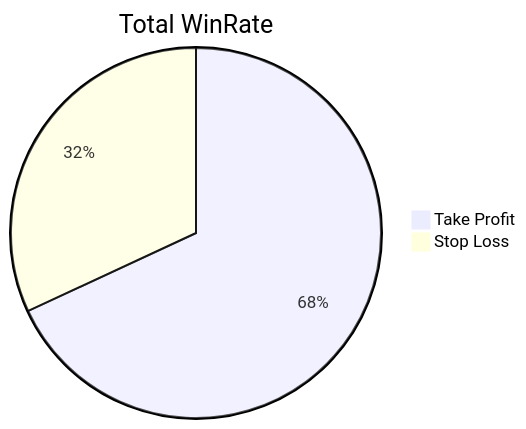
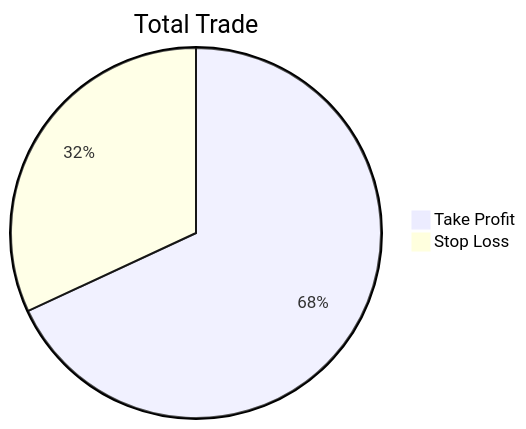
The diagram in _posts/2022-09-1-september-result.md (shifufx/jekyll-uno), drawn with Mermaid before and after one commit. The commit also changed 2 other files, not shown here.

Commit message:
Shifu FX To the moon like atg :full_moon::full_moon::full_moon::full_moon::full_moon:

```diff
--- a/_posts/2022-09-1-september-result.md
+++ b/_posts/2022-09-1-september-result.md
@@ -55,6 +55,6 @@
 <div class="mermaid">
 
-pie title Total WinRate
+pie title Total Trade
     "Take Profit" : 144
     "Stop Loss" : 67.5
 </div>
```
